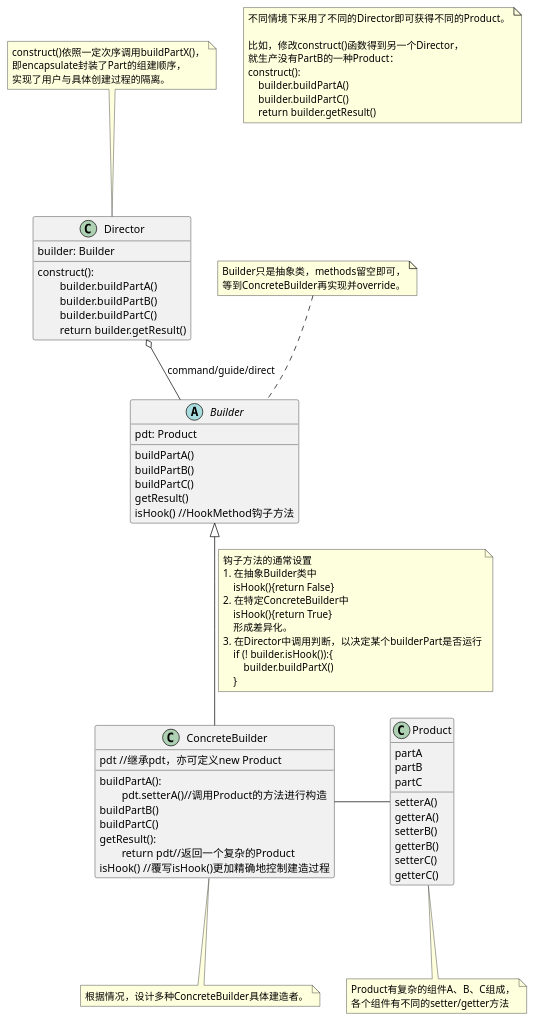
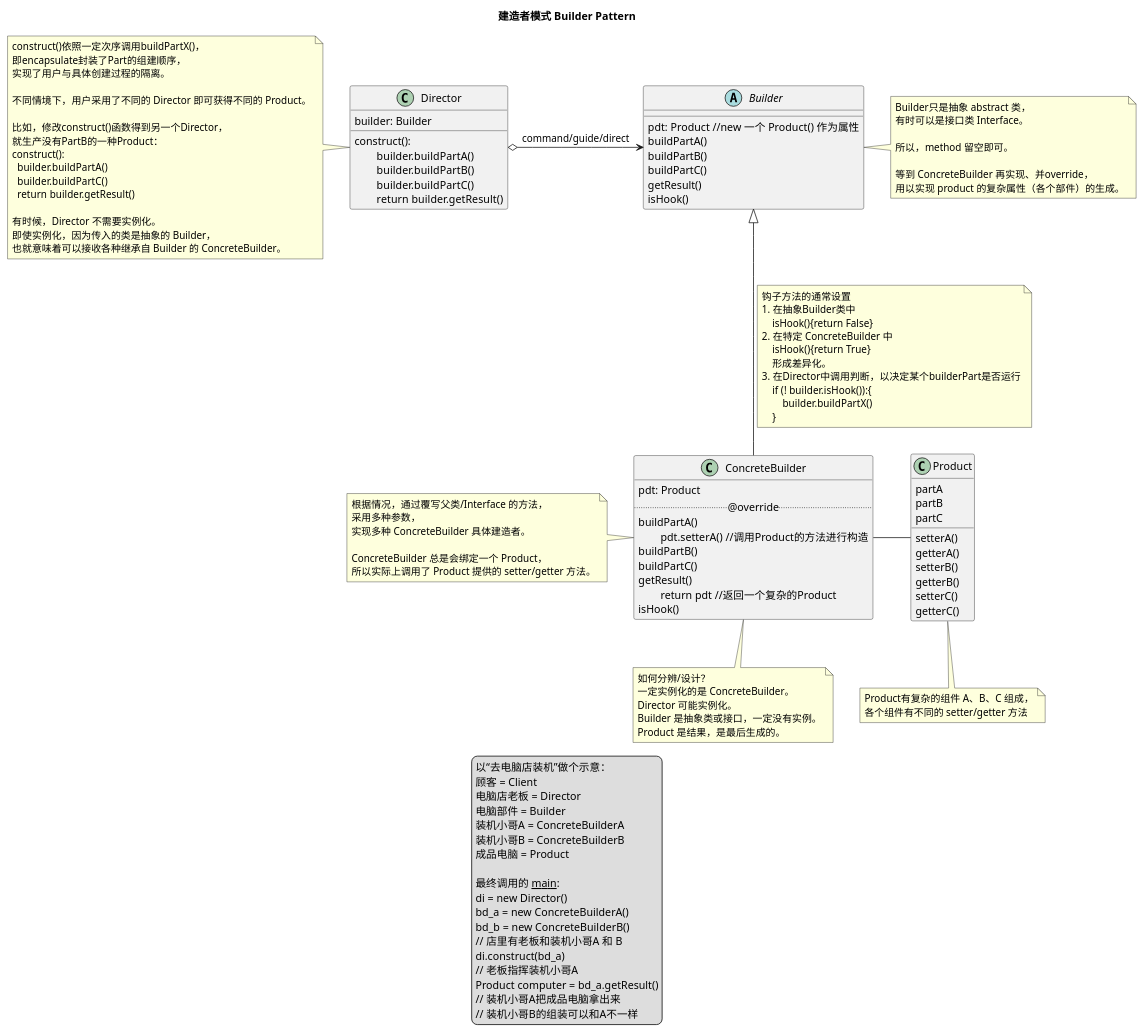
The diagram in Notes & Diagrams/BuilderPattern.puml (YidongQIN/PyBMS_BrIM), drawn with PlantUML before and after one commit. The commit also changed 1 other file, not shown here.

Commit message:
Builder Pattern

```diff
--- a/Notes & Diagrams/BuilderPattern.puml
+++ b/Notes & Diagrams/BuilderPattern.puml
@@ -1,105 +1,141 @@
-@startuml
+@startuml Builder Pattern Illustration
 
 skinparam shadowing false
 ' skinparam monochrome true
-
-note as N1
-    不同情境下采用了不同的Director即可获得不同的Product。
-
-    比如，修改construct()函数得到另一个Director，
-    就生产没有PartB的一种Product：
-    construct():
-        builder.buildPartA()
-        builder.buildPartC()
-        return builder.getResult()
-end note
+Title 建造者模式 Builder Pattern
 
 class Director{
     builder: Builder
     construct():
     \tbuilder.buildPartA()
     \tbuilder.buildPartB()
     \tbuilder.buildPartC()
     \treturn builder.getResult()
-
 }
 
-note as N_Dc
-    construct()依照一定次序调用buildPartX()，
-    即encapsulate封装了Part的组建顺序，
-    实现了用户与具体创建过程的隔离。
+note left of Director
+  construct()依照一定次序调用buildPartX()，
+  即encapsulate封装了Part的组建顺序，
+  实现了用户与具体创建过程的隔离。
+
+  不同情境下，用户采用了不同的 Director 即可获得不同的 Product。
+
+  比如，修改construct()函数得到另一个Director，
+  就生产没有PartB的一种Product：
+  construct():
+    builder.buildPartA()
+    builder.buildPartC()
+    return builder.getResult()
+
+  有时候，Director 不需要实例化。
+  即使实例化，因为传入的类是抽象的 Builder，
+  也就意味着可以接收各种继承自 Builder 的 ConcreteBuilder。
 end note
 
-' N1 ... Director
-N_Dc ... Director
-
-Director o-- Builder: command/guide/direct
+Director o-> Builder: command/guide/direct
 
 abstract class Builder{
-    pdt: Product
+    pdt: Product //new 一个 Product() 作为属性
     buildPartA()
     buildPartB()
     buildPartC()
     getResult()
-    isHook() //HookMethod钩子方法
+    isHook()
+    ' //HookMethod钩子方法
 }
 
-note as N_B
-    Builder只是抽象类，methods留空即可，
-    等到ConcreteBuilder再实现并override。
+note right of Builder
+    Builder只是抽象 abstract 类，
+    有时可以是接口类 Interface。
+
+    所以，method 留空即可。
+
+    等到 ConcreteBuilder 再实现、并override，
+    用以实现 product 的复杂属性（各个部件）的生成。
 end note
-
-N_B .. Builder
 
 Builder <|-- ConcreteBuilder
 
 note on link
     钩子方法的通常设置
     1. 在抽象Builder类中
         isHook(){return False}
-    2. 在特定ConcreteBuilder中
+    2. 在特定 ConcreteBuilder 中
         isHook(){return True}
         形成差异化。
     3. 在Director中调用判断，以决定某个builderPart是否运行
         if (! builder.isHook()):{
             builder.buildPartX()
         }
 end note
 
 class ConcreteBuilder{
-    pdt //继承pdt，亦可定义new Product
-    buildPartA():\n\tpdt.setterA()//调用Product的方法进行构造
+    pdt: Product
+    .. @override ..
+    buildPartA()
+    \tpdt.setterA() //调用Product的方法进行构造
     buildPartB()
     buildPartC()
-    getResult():\n\treturn pdt//返回一个复杂的Product
-    isHook() //覆写isHook()更加精确地控制建造过程
+    getResult()
+    \treturn pdt //返回一个复杂的Product
+    isHook()
 }
 
-note as N_CB
-    根据情况，设计多种ConcreteBuilder具体建造者。
+note left of ConcreteBuilder
+    根据情况，通过覆写父类/Interface 的方法，
+    采用多种参数，
+    实现多种 ConcreteBuilder 具体建造者。
+
+    ConcreteBuilder 总是会绑定一个 Product，
+    所以实际上调用了 Product 提供的 setter/getter 方法。
 end note
 
-ConcreteBuilder ... N_CB
+note bottom of ConcreteBuilder
+如何分辨/设计？
+一定实例化的是 ConcreteBuilder。
+Director 可能实例化。
+Builder 是抽象类或接口，一定没有实例。
+Product 是结果，是最后生成的。
+end note
 
 ConcreteBuilder - Product
 
 class Product{
     partA
     partB
     partC
     setterA()
     getterA()
     setterB()
     getterB()
     setterC()
     getterC()
 }
 
-note as N_P
-    Product有复杂的组件A、B、C组成，
-    各个组件有不同的setter/getter方法
+note bottom of Product
+    Product有复杂的组件 A、B、C 组成，
+    各个组件有不同的 setter/getter 方法
 end note
 
-Product ... N_P
+legend
+以“去电脑店装机”做个示意：
+顾客 = Client
+电脑店老板 = Director
+电脑部件 = Builder
+装机小哥A = ConcreteBuilderA
+装机小哥B = ConcreteBuilderB
+成品电脑 = Product
+
+最终调用的 __main__:
+di = new Director()
+bd_a = new ConcreteBuilderA()
+bd_b = new ConcreteBuilderB()
+// 店里有老板和装机小哥A 和 B
+di.construct(bd_a)
+// 老板指挥装机小哥A
+Product computer = bd_a.getResult()
+// 装机小哥A把成品电脑拿出来
+// 装机小哥B的组装可以和A不一样
+endlegend
 
 @enduml
```
